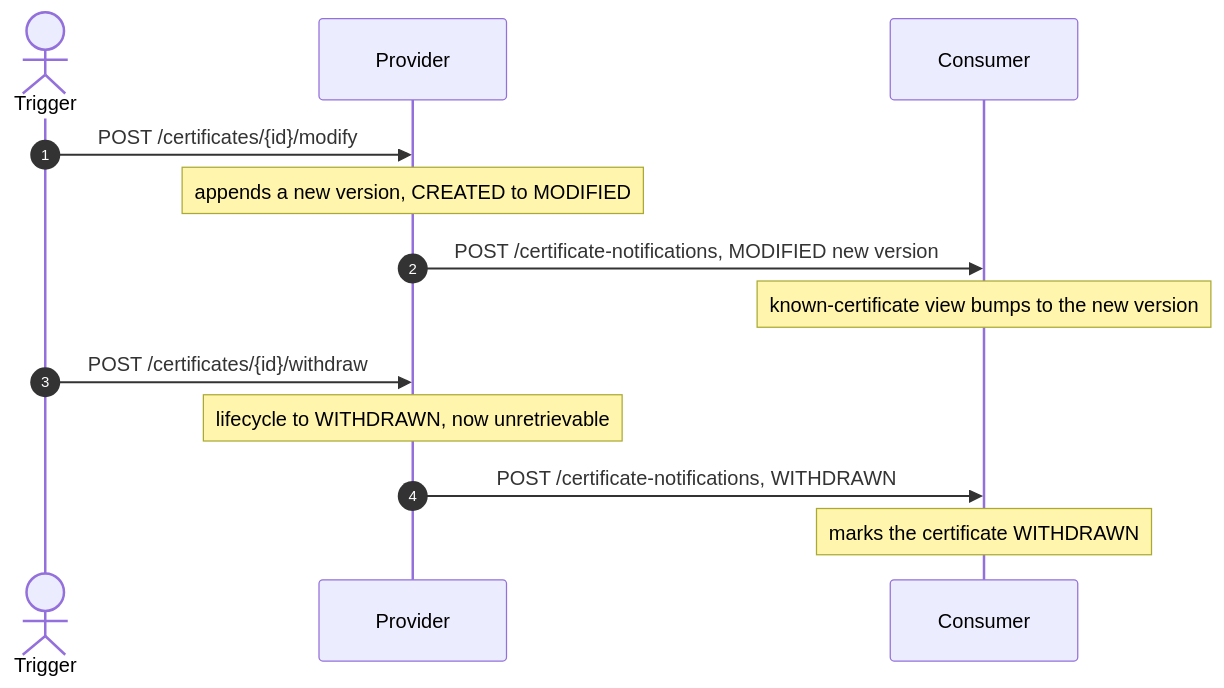
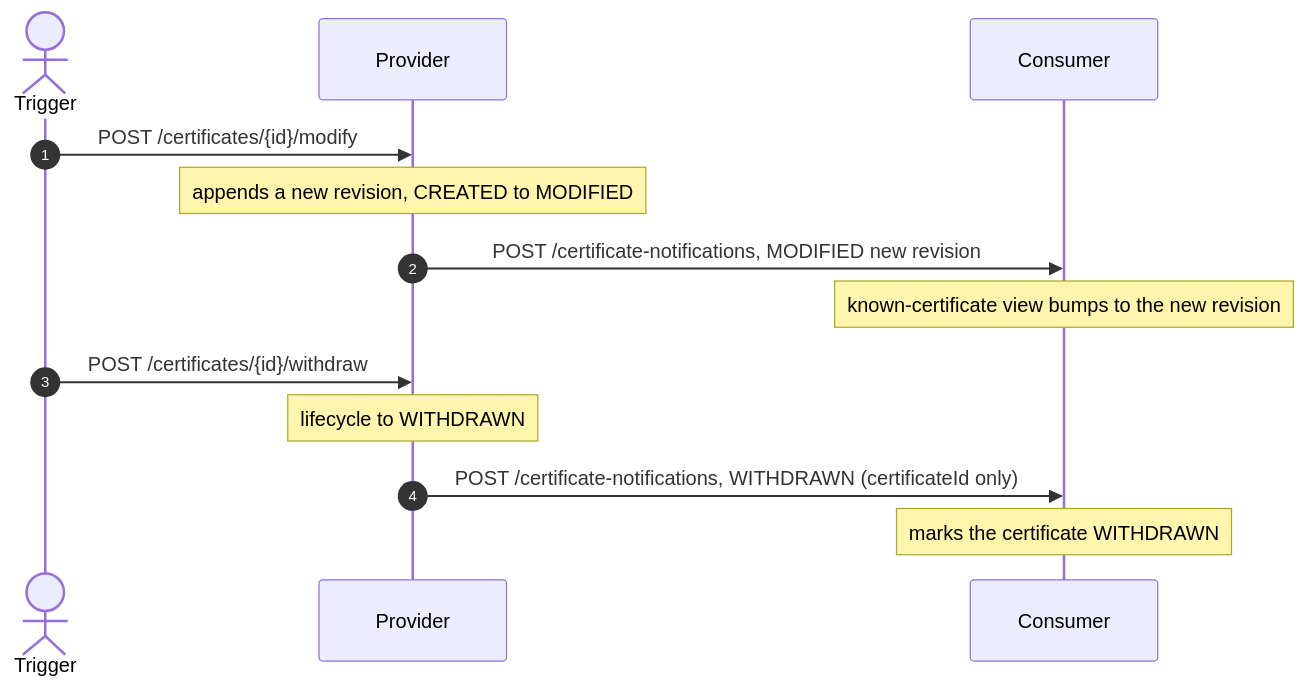
The fourth of 5 diagrams in docs/FLOWS.md (Metaform/certo), drawn with Mermaid before and after one commit. The commit also changed other lines of this file and 50 other files, not shown here.

````diff
--- a/docs/FLOWS.md
+++ b/docs/FLOWS.md
@@ -185,15 +192,15 @@
 ```mermaid
 sequenceDiagram
     autonumber
     actor T as Trigger
     participant P as Provider
     participant C as Consumer
     T->>P: POST /certificates/{id}/modify
-    Note over P: appends a new version, CREATED to MODIFIED
-    P->>C: POST /certificate-notifications, MODIFIED new version
-    Note over C: known-certificate view bumps to the new version
+    Note over P: appends a new revision, CREATED to MODIFIED
+    P->>C: POST /certificate-notifications, MODIFIED new revision
+    Note over C: known-certificate view bumps to the new revision
     T->>P: POST /certificates/{id}/withdraw
-    Note over P: lifecycle to WITHDRAWN, now unretrievable
-    P->>C: POST /certificate-notifications, WITHDRAWN
+    Note over P: lifecycle to WITHDRAWN
+    P->>C: POST /certificate-notifications, WITHDRAWN (certificateId only)
     Note over C: marks the certificate WITHDRAWN
 ```
````
